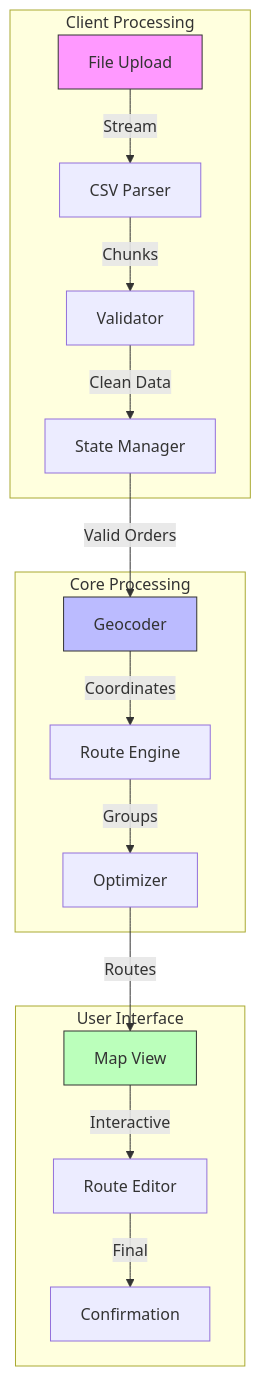
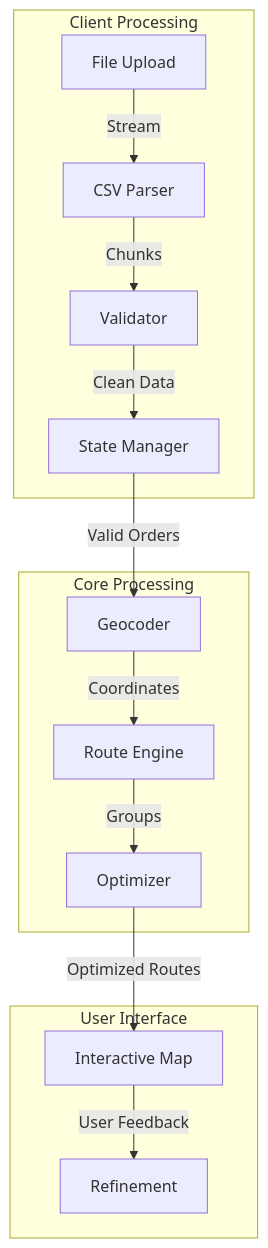
Before and after one commit to Dolpheyn/antar: the second of 5 diagrams in docs/notebook/features/bulk-upload/implementation/index.md, drawn with Mermaid. The commit also changed other lines of this file and 28 other files, not shown here.

````diff
--- a/docs/notebook/features/bulk-upload/implementation/index.md
+++ b/docs/notebook/features/bulk-upload/implementation/index.md
@@ -7,24 +24,19 @@
 ```mermaid
 graph TD
     subgraph "Client Processing"
         A[File Upload] -->|Stream| B[CSV Parser]
         B -->|Chunks| C[Validator]
         C -->|Clean Data| D[State Manager]
     end
     
     subgraph "Core Processing"
         D -->|Valid Orders| E[Geocoder]
         E -->|Coordinates| F[Route Engine]
         F -->|Groups| G[Optimizer]
     end
     
     subgraph "User Interface"
-        G -->|Routes| H[Map View]
-        H -->|Interactive| I[Route Editor]
-        I -->|Final| J[Confirmation]
+        G -->|Optimized Routes| H[Interactive Map]
+        H -->|User Feedback| I[Refinement]
     end
-    
-    style A fill:#f9f,stroke:#333
-    style E fill:#bbf,stroke:#333
-    style H fill:#bfb,stroke:#333
 ```
````
